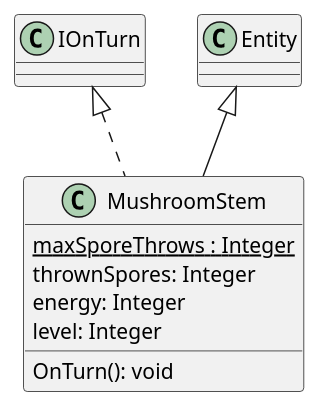
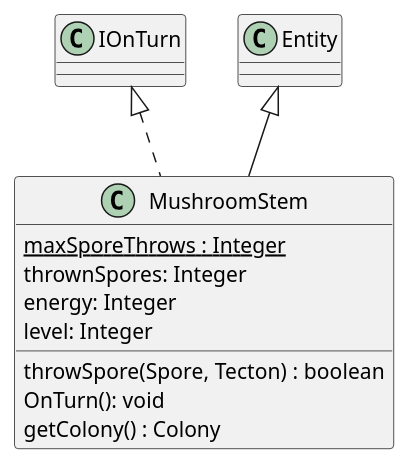
Before and after one commit to Petya-G/fungorium: the diagram in 3/classes/mushroomStem.puml, drawn with PlantUML. The commit also changed 1 other file, not shown here.

```diff
--- a/3/classes/mushroomStem.puml
+++ b/3/classes/mushroomStem.puml
@@ -1,15 +1,15 @@
 @startuml mushroomStem
 
 IOnTurn <|.. MushroomStem
 'IOnRound <|.. MushroomStem
 Entity <|-- MushroomStem 
 class MushroomStem{
     {static} maxSporeThrows : Integer
     thrownSpores: Integer
     energy: Integer
     level: Integer
-    'throwSpore(Spore, Tecton) : void
+    throwSpore(Spore, Tecton) : boolean
     OnTurn(): void
-    'getColony() : Colony
+    getColony() : Colony
 }
 @enduml
```
